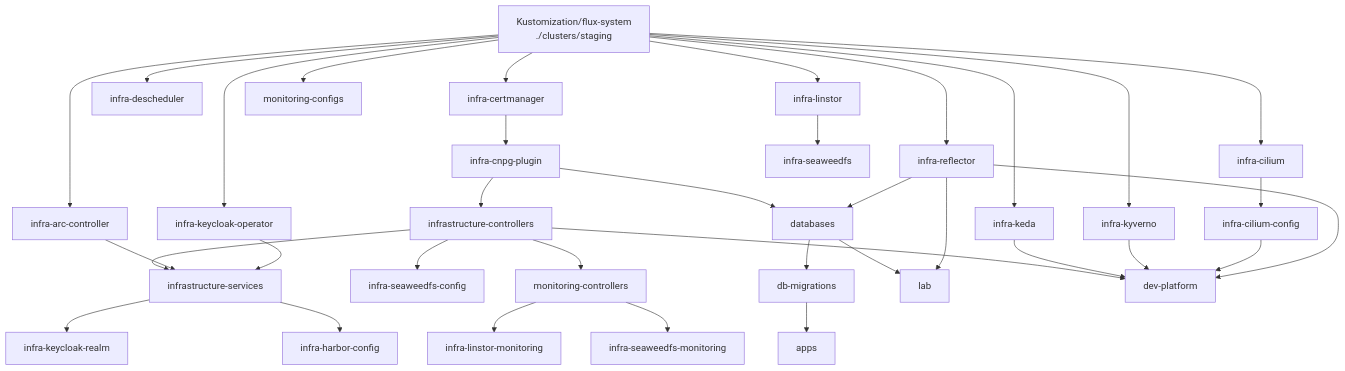
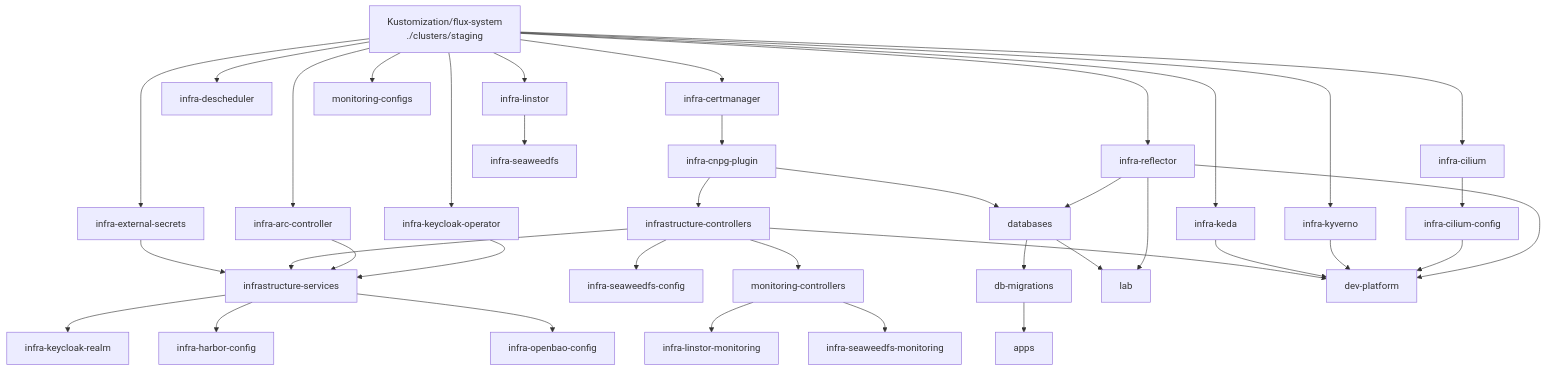
Before and after one commit to eliorion/homelab_v1: the diagram in clusters/README.md, drawn with Mermaid. The commit also changed other lines of this file and 35 other files, not shown here.

First line of the commit message:
feat(secrets): OpenBao and External Secrets for application credentials

````diff
--- a/clusters/README.md
+++ b/clusters/README.md
@@ -218,43 +220,46 @@
 ```mermaid
 flowchart TD
     root["Kustomization/flux-system\n./clusters/staging"]
 
     root --> cm["infra-certmanager"]
     root --> arc["infra-arc-controller"]
     root --> cil["infra-cilium"]
     root --> refl["infra-reflector"]
     root --> keda["infra-keda"]
     root --> desch["infra-descheduler"]
+    root --> eso["infra-external-secrets"]
+    eso --> svc
     root --> kyv["infra-kyverno"]
     root --> kco["infra-keycloak-operator"]
     root --> lin["infra-linstor"]
     root --> moncfg["monitoring-configs"]
 
     cm --> plugin["infra-cnpg-plugin"]
     cil --> cilcfg["infra-cilium-config"]
     lin --> sw["infra-seaweedfs"]
     plugin --> ctrl["infrastructure-controllers"]
     ctrl --> svc["infrastructure-services"]
     arc --> svc
     kco --> svc
     svc --> realm["infra-keycloak-realm"]
     svc --> harborcfg["infra-harbor-config"]
+    svc --> baocfg["infra-openbao-config"]
     ctrl --> swcfg["infra-seaweedfs-config"]
 
     ctrl --> mon["monitoring-controllers"]
     mon --> linmon["infra-linstor-monitoring"]
     mon --> swmon["infra-seaweedfs-monitoring"]
 
     plugin --> db["databases"]
     refl --> db
     db --> mig["db-migrations"]
     mig --> apps["apps"]
     db --> lab["lab"]
     refl --> lab
 
     ctrl --> e2e["dev-platform"]
     keda --> e2e
     kyv --> e2e
     cilcfg --> e2e
     refl --> e2e
 ```
````
